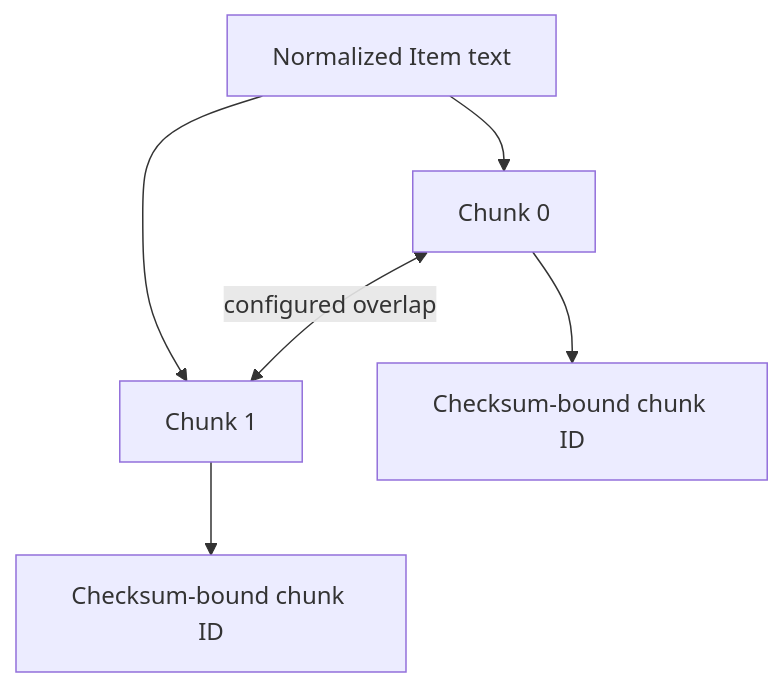
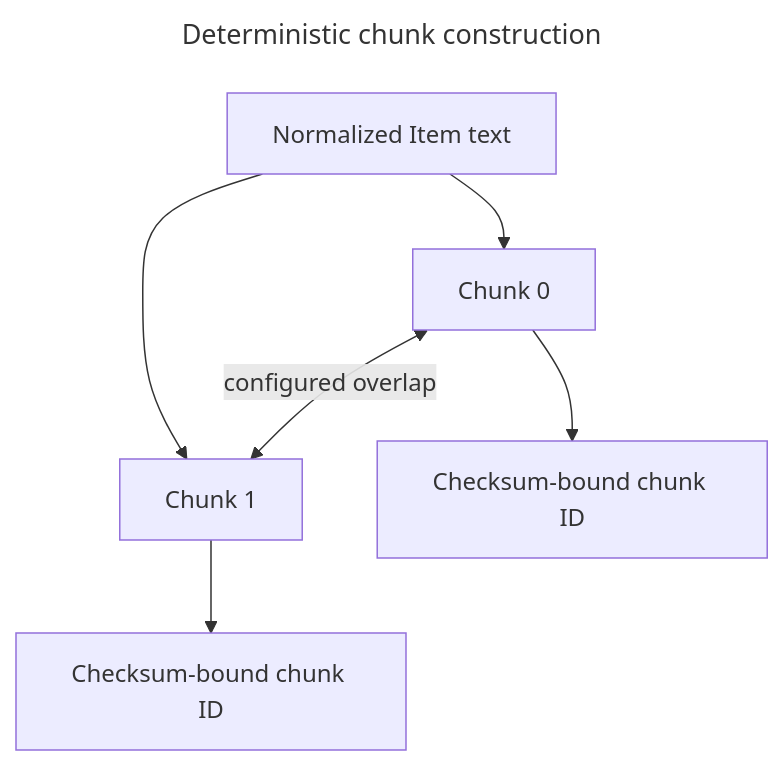
The second of 3 diagrams in docs/pipeline.md (hongchit/sec-filing-rag-poc), drawn with Mermaid before and after one commit. The commit also changed other lines of this file and 43 other files, not shown here.

````diff
--- a/docs/pipeline.md
+++ b/docs/pipeline.md
@@ -92,8 +95,11 @@
 ```mermaid
+---
+title: Deterministic chunk construction
+---
 flowchart TD
   T[Normalized Item text] --> C1[Chunk 0]
   T --> C2[Chunk 1]
   C1 <-->|configured overlap| C2
   C1 --> ID1[Checksum-bound chunk ID]
   C2 --> ID2[Checksum-bound chunk ID]
 ```
````
